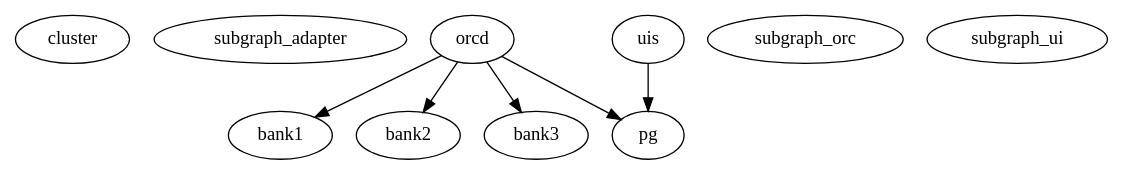
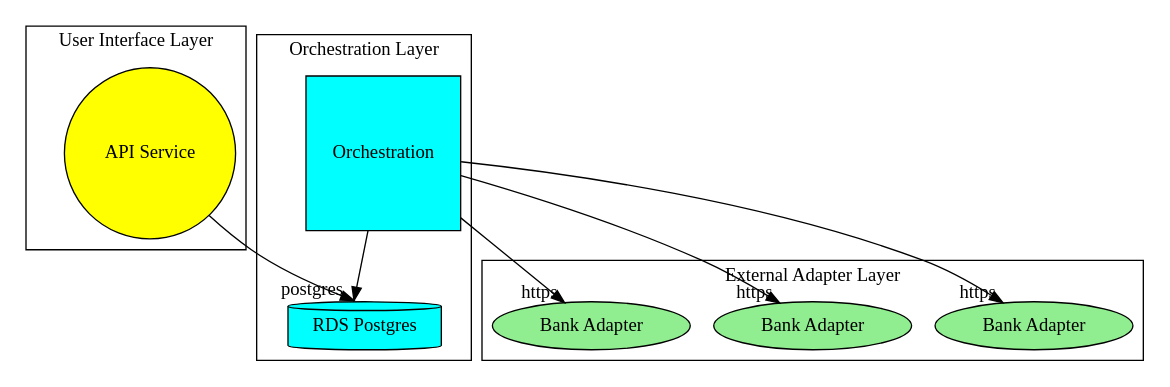
Before and after one commit to dbquayle/Test-240717: the diagram in doc/arch.dot, drawn with Graphviz. The commit also changed 2 other files, not shown here.

```diff
--- a/doc/arch.dot
+++ b/doc/arch.dot
@@ -1,25 +1,36 @@
 digraph G {
 
-  cluster subgraph_adapter {
-      bank1 [];
-      bank2 [];
-      bank3 [];
+  edge[samehead=yes];
+  
+  subgraph cluster_adapter {
+    label="External Adapter Layer";
+    node[fillcolor=lightgreen, style=filled, label="Bank Adapter"];
+    
+    bank1 [];
+    bank2 [];
+    bank3 [];
   };
 
-  cluster subgraph_orc {
-    pg [];
-    orcd[];
+  subgraph cluster_orc {
+    label="Orchestration Layer";
+    node[style=filled];
+    
+    pg [shape=cylinder, fillcolor=cyan, label="RDS Postgres"];
+    orcd[shape=square, fillcolor=cyan, label="Orchestration"];
   };
 
-  cluster subgraph_ui {
-    uis[];
+  subgraph cluster_ui {
+    label="User Interface Layer";
+    node[style=filled];
+    
+    uis[shape=circle, fillcolor=yellow, label="API Service"];
   }
 
-  uis -> pg;
-  orcd -> pg;
+  uis -> pg [ headlabel="postgres"];
+  orcd -> pg [ headleabel="postgres"];
 
-  orcd -> bank1;
-  orcd -> bank2;
-  orcd -> bank3;
+  orcd -> bank1 [ headlabel="https"];
+  orcd -> bank2 [ headlabel="https"];
+  orcd -> bank3 [ headlabel="https"];
   
 }
```
